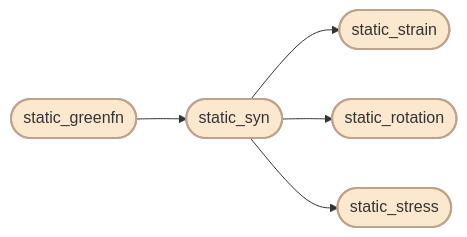
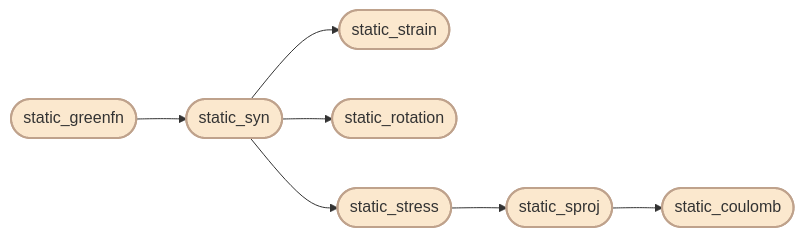
One commit to Dengda98/PyGRT changed the third of 3 diagrams in docs/source/Module/index.rst. Above: the diagram before and after it, drawn with Mermaid. The commit also changed other lines of this file and 20 other files, not shown here.

Commit message:
FEAT: add static stress projection and Coulomb workflows (#310)

```diff
--- a/docs/source/Module/index.rst
+++ b/docs/source/Module/index.rst
@@ -116,17 +116,21 @@
             .. mermaid::
 
                 flowchart LR 
 
                 GG(["static_greenfn"])
                 SS(["static_syn"])
                 EE(["static_strain"])
                 RR(["static_rotation"])
                 TT(["static_stress"])
+                SP(["static_sproj"])
+                CO(["static_coulomb"])
 
                 GG --> SS
                 SS --> EE
                 SS --> RR
                 SS --> TT
+                TT --> SP
+                SP --> CO
                 
                 classDef cmdcls fill:#FBE8CE,stroke:#BFA28C,stroke-width:2px,color:#333;
-                class GG,SS,EE,RR,TT cmdcls
+                class GG,SS,EE,RR,TT,SP,CO cmdcls
```
